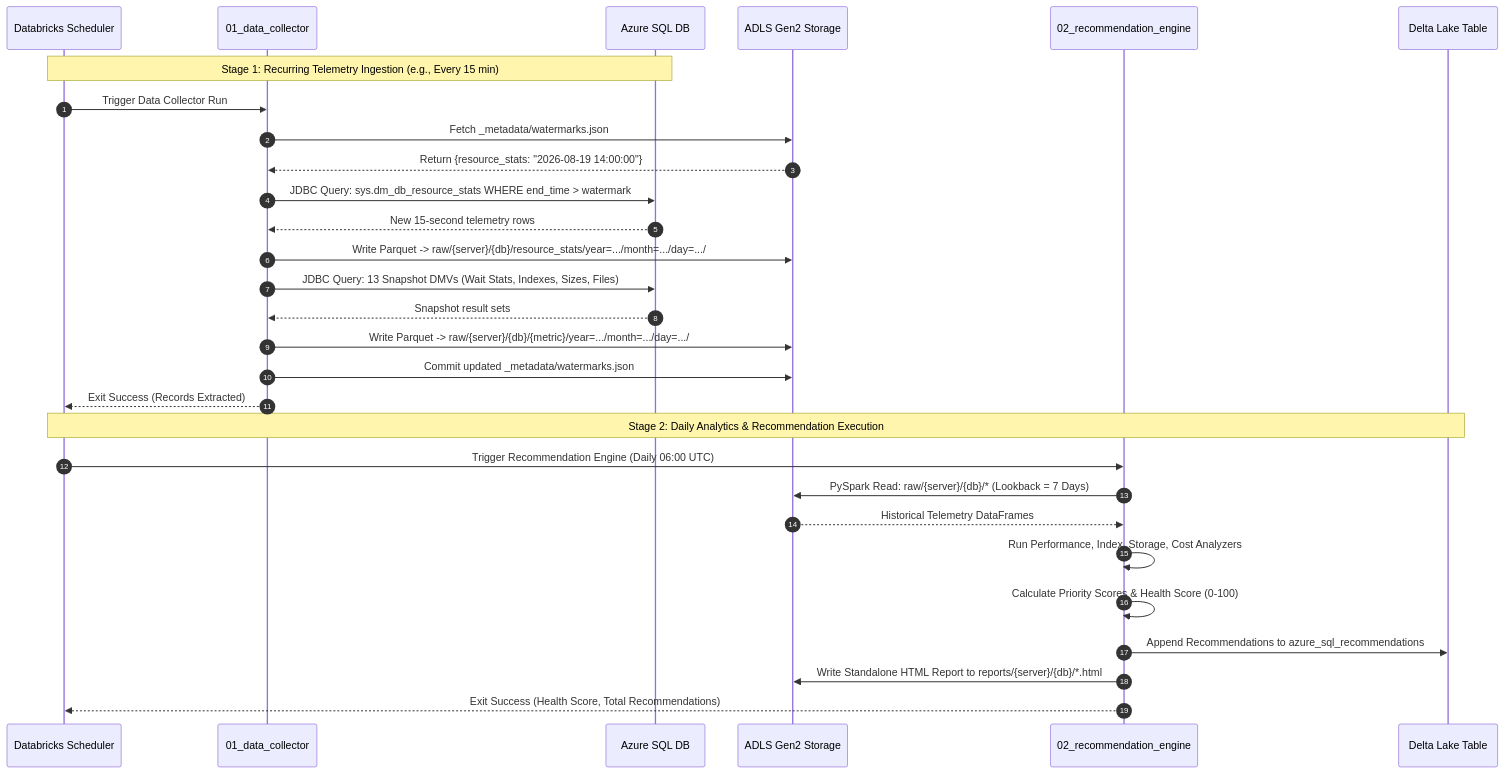
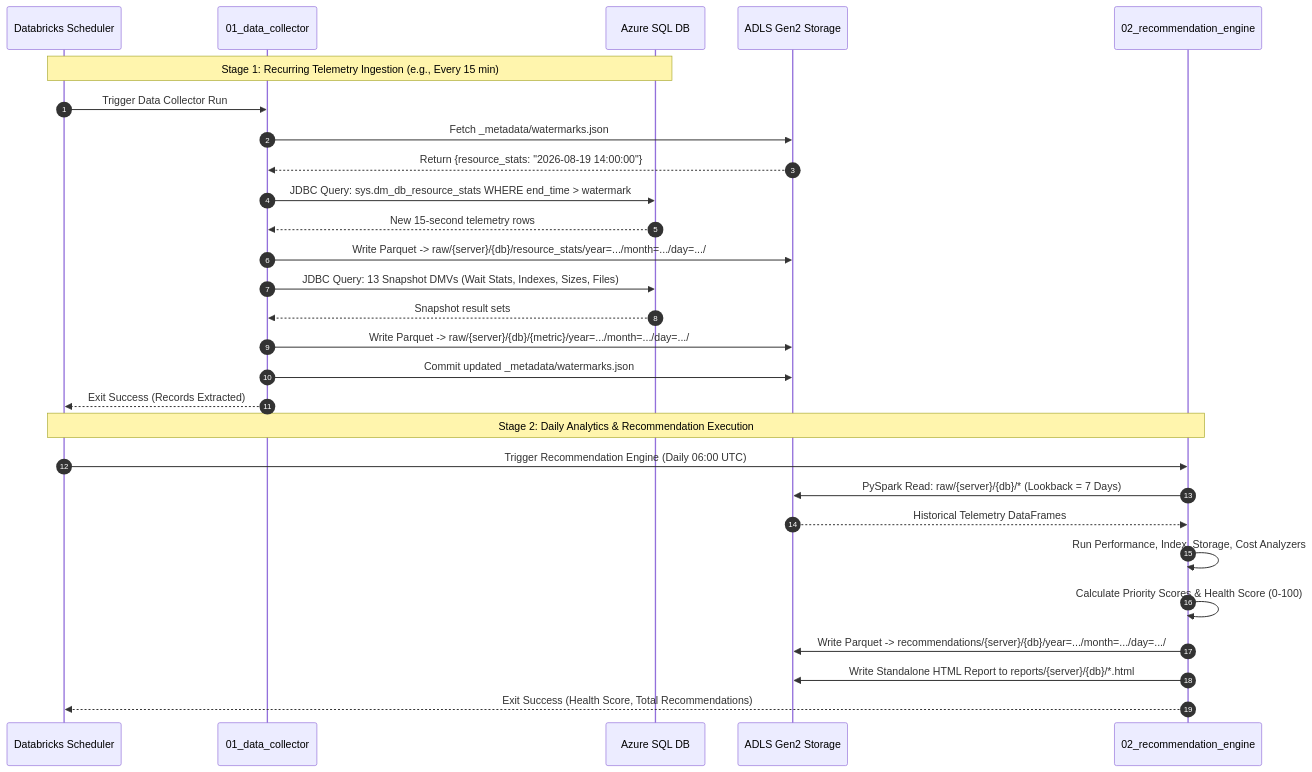
One commit to rohitjha20/sql_advisor changed the second of 3 diagrams in TECHNICAL_DESIGN_DOCUMENT.md. Above: the diagram before and after it, drawn with Mermaid. The commit also changed other lines of this file and 4 other files, not shown here.

Commit message:
Remove Delta table references: use pure Parquet format for raw telemetry and recommendations in ADLS Gen2

````diff
--- a/TECHNICAL_DESIGN_DOCUMENT.md
+++ b/TECHNICAL_DESIGN_DOCUMENT.md
@@ -187,38 +185,37 @@
 ```mermaid
 sequenceDiagram
     autonumber
     participant Sched as Databricks Scheduler
     participant NB1 as 01_data_collector
     participant SQL as Azure SQL DB
     participant ADLS as ADLS Gen2 Storage
     participant NB2 as 02_recommendation_engine
-    participant Delta as Delta Lake Table
 
     Note over Sched,SQL: Stage 1: Recurring Telemetry Ingestion (e.g., Every 15 min)
     Sched->>NB1: Trigger Data Collector Run
     NB1->>ADLS: Fetch _metadata/watermarks.json
     ADLS-->>NB1: Return {resource_stats: "2026-08-19 14:00:00"}
     
     NB1->>SQL: JDBC Query: sys.dm_db_resource_stats WHERE end_time > watermark
     SQL-->>NB1: New 15-second telemetry rows
     NB1->>ADLS: Write Parquet -> raw/{server}/{db}/resource_stats/year=.../month=.../day=.../
 
     NB1->>SQL: JDBC Query: 13 Snapshot DMVs (Wait Stats, Indexes, Sizes, Files)
     SQL-->>NB1: Snapshot result sets
     NB1->>ADLS: Write Parquet -> raw/{server}/{db}/{metric}/year=.../month=.../day=.../
 
     NB1->>ADLS: Commit updated _metadata/watermarks.json
     NB1-->>Sched: Exit Success (Records Extracted)
 
-    Note over Sched,Delta: Stage 2: Daily Analytics & Recommendation Execution
+    Note over Sched,NB2: Stage 2: Daily Analytics & Recommendation Execution
     Sched->>NB2: Trigger Recommendation Engine (Daily 06:00 UTC)
     NB2->>ADLS: PySpark Read: raw/{server}/{db}/* (Lookback = 7 Days)
     ADLS-->>NB2: Historical Telemetry DataFrames
 
     NB2->>NB2: Run Performance, Index, Storage, Cost Analyzers
     NB2->>NB2: Calculate Priority Scores & Health Score (0-100)
 
-    NB2->>Delta: Append Recommendations to azure_sql_recommendations
+    NB2->>ADLS: Write Parquet -> recommendations/{server}/{db}/year=.../month=.../day=.../
     NB2->>ADLS: Write Standalone HTML Report to reports/{server}/{db}/*.html
     NB2-->>Sched: Exit Success (Health Score, Total Recommendations)
 ```
````
